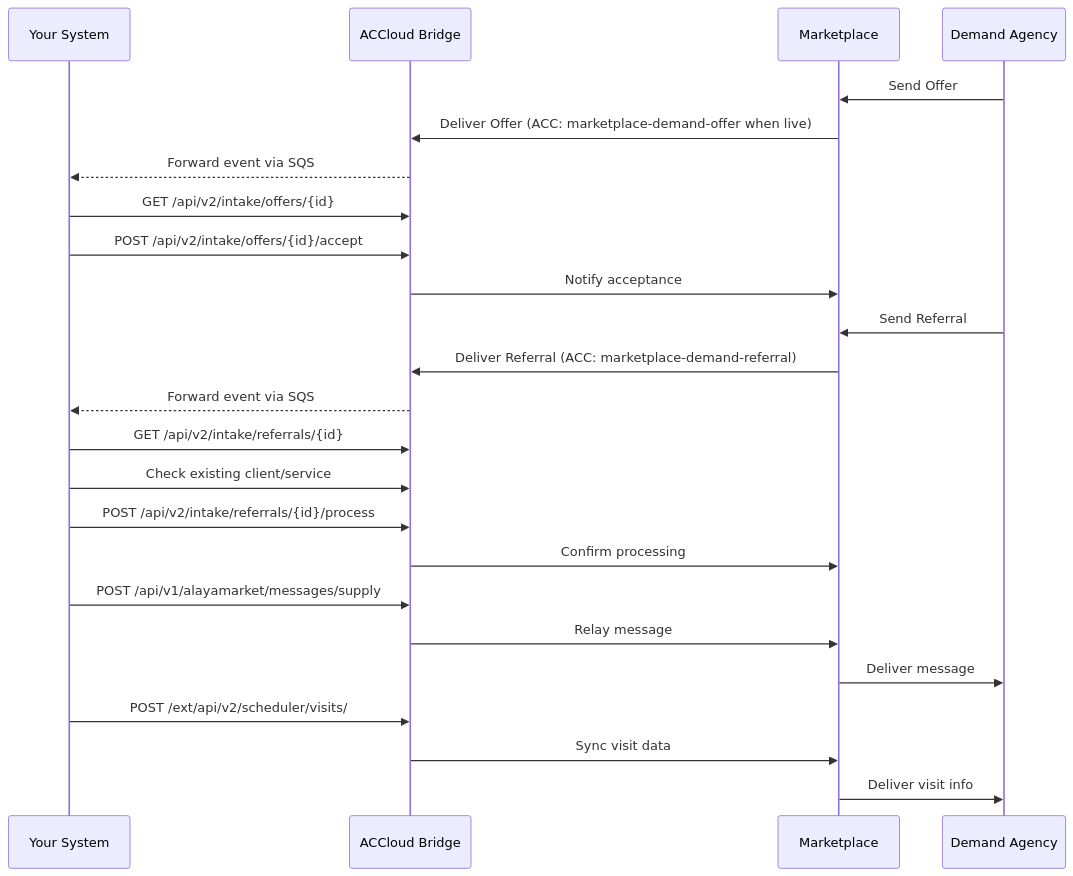
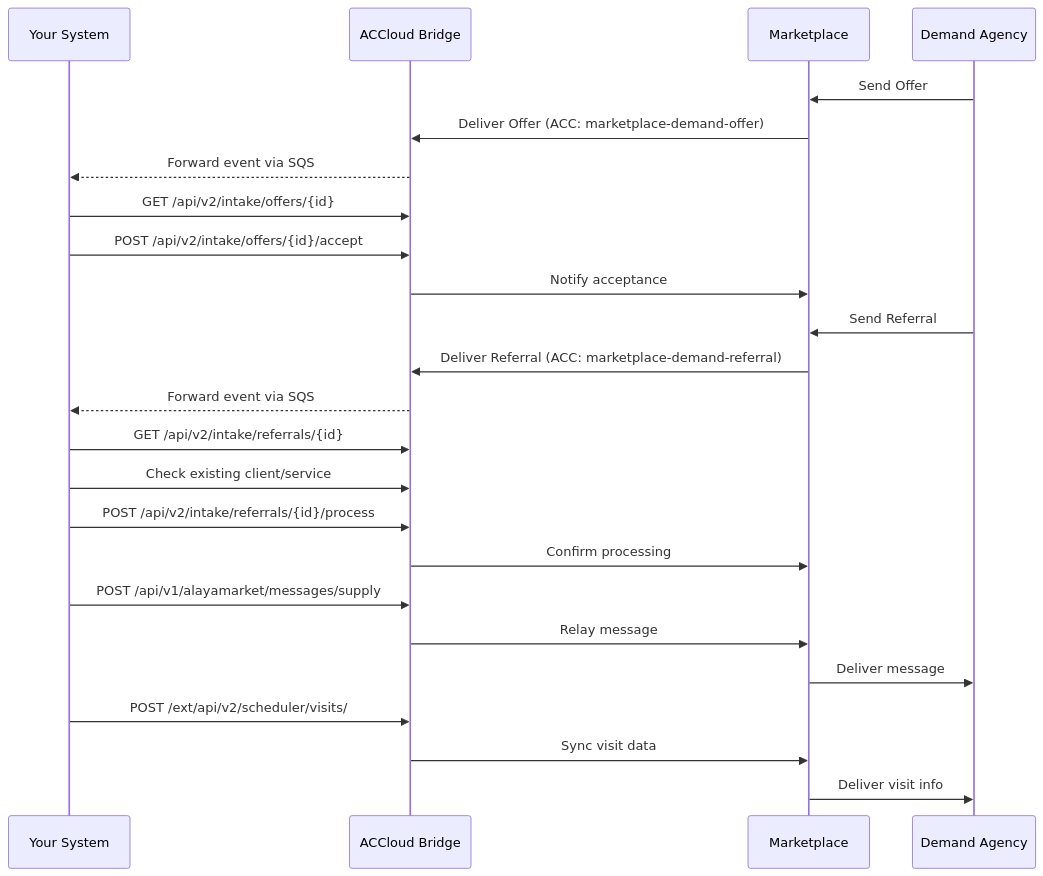
Before and after one commit to AlayaCare/alayamarket-third-party-integration: the diagram in README.md, drawn with Mermaid. The commit also changed 2 other files, not shown here.

Commit message:
docs: drop offer event availability teasers
Document marketplace-demand-offer the same way as other ACC
subscriptions, without not-live-yet / when-available language.

````diff
--- a/README.md
+++ b/README.md
@@ -16,30 +16,30 @@
 ```mermaid
 sequenceDiagram
     participant 3P as Your System
     participant AC as ACCloud Bridge
     participant MP as Marketplace
     participant DA as Demand Agency
 
     DA->>MP: Send Offer
-    MP->>AC: Deliver Offer (ACC: marketplace-demand-offer when live)
+    MP->>AC: Deliver Offer (ACC: marketplace-demand-offer)
     AC-->>3P: Forward event via SQS
     3P->>AC: GET /api/v2/intake/offers/{id}
     3P->>AC: POST /api/v2/intake/offers/{id}/accept
     AC->>MP: Notify acceptance
 
     DA->>MP: Send Referral
     MP->>AC: Deliver Referral (ACC: marketplace-demand-referral)
     AC-->>3P: Forward event via SQS
     3P->>AC: GET /api/v2/intake/referrals/{id}
     3P->>AC: Check existing client/service
     3P->>AC: POST /api/v2/intake/referrals/{id}/process
     AC->>MP: Confirm processing
 
     3P->>AC: POST /api/v1/alayamarket/messages/supply
     AC->>MP: Relay message
     MP->>DA: Deliver message
 
     3P->>AC: POST /ext/api/v2/scheduler/visits/
     AC->>MP: Sync visit data
     MP->>DA: Deliver visit info
 ```
````
